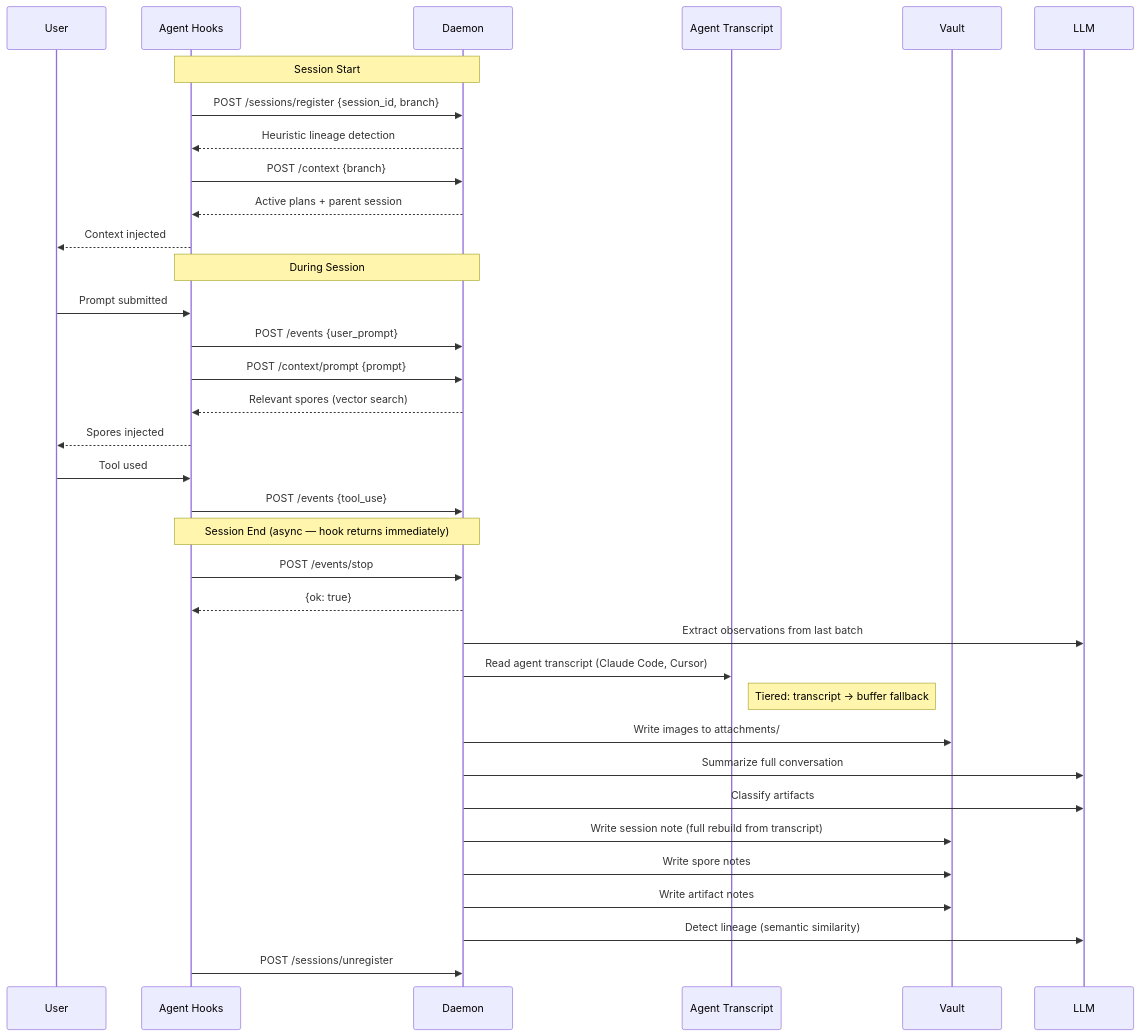
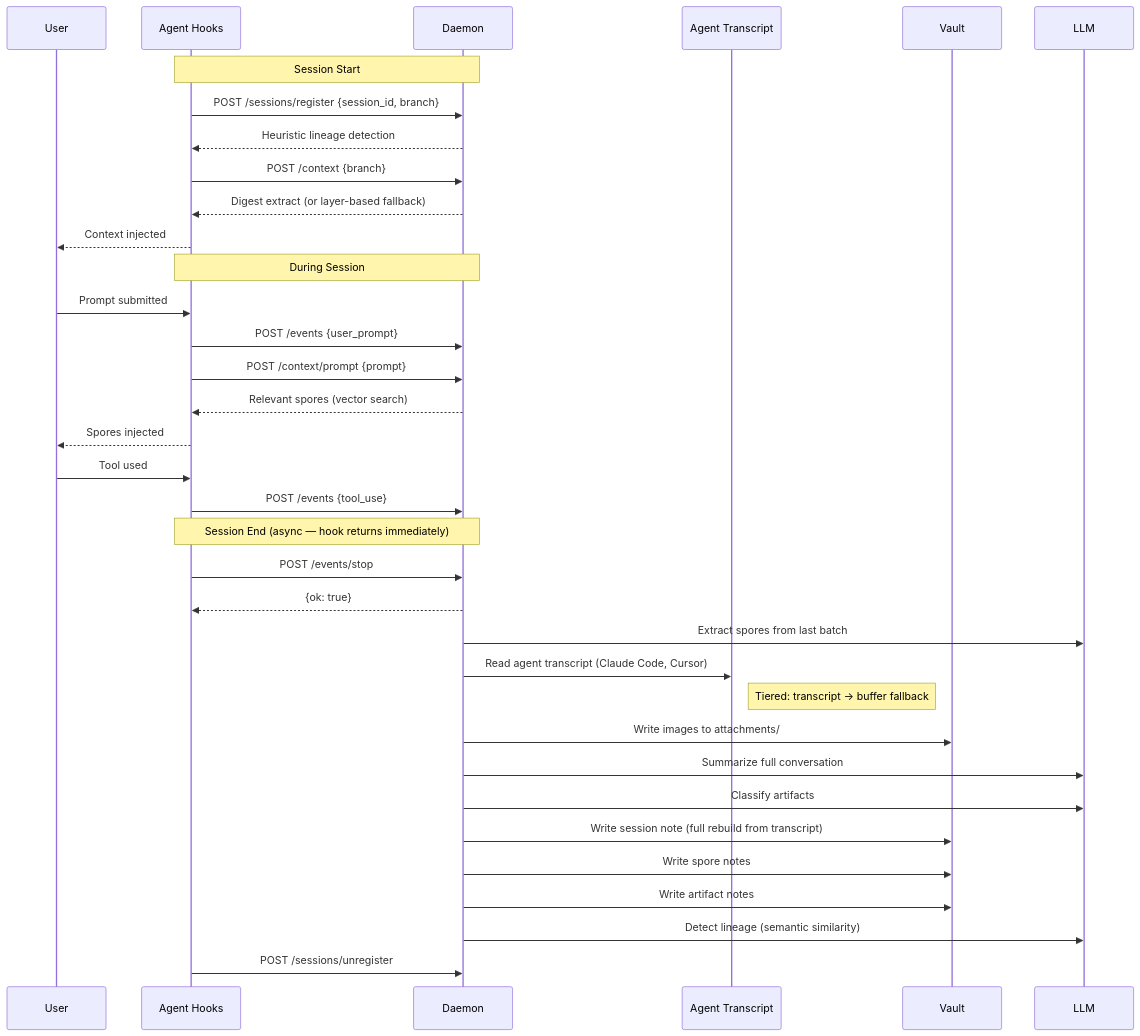
One commit to goondocks-co/myco changed the first of 8 diagrams in docs/lifecycle.md. Above: the diagram before and after it, drawn with Mermaid. The commit also changed other lines of this file and 1 other file, not shown here.

First line of the commit message:
docs: update README and lifecycle for digest system and spore terminology

````diff
--- a/docs/lifecycle.md
+++ b/docs/lifecycle.md
@@ -7,41 +7,41 @@
 ```mermaid
 sequenceDiagram
     participant User
     participant Hook as Agent Hooks
     participant Daemon
     participant Transcript as Agent Transcript
     participant Vault
     participant LLM
 
     Note over Hook,Daemon: Session Start
     Hook->>Daemon: POST /sessions/register {session_id, branch}
     Daemon-->>Hook: Heuristic lineage detection
     Hook->>Daemon: POST /context {branch}
-    Daemon-->>Hook: Active plans + parent session
+    Daemon-->>Hook: Digest extract (or layer-based fallback)
     Hook-->>User: Context injected
 
     Note over Hook,Daemon: During Session
     User->>Hook: Prompt submitted
     Hook->>Daemon: POST /events {user_prompt}
     Hook->>Daemon: POST /context/prompt {prompt}
     Daemon-->>Hook: Relevant spores (vector search)
     Hook-->>User: Spores injected
 
     User->>Hook: Tool used
     Hook->>Daemon: POST /events {tool_use}
 
     Note over Hook,Daemon: Session End (async — hook returns immediately)
     Hook->>Daemon: POST /events/stop
     Daemon-->>Hook: {ok: true}
-    Daemon->>LLM: Extract observations from last batch
+    Daemon->>LLM: Extract spores from last batch
     Daemon->>Transcript: Read agent transcript (Claude Code, Cursor)
     Note right of Transcript: Tiered: transcript → buffer fallback
     Daemon->>Vault: Write images to attachments/
     Daemon->>LLM: Summarize full conversation
     Daemon->>LLM: Classify artifacts
     Daemon->>Vault: Write session note (full rebuild from transcript)
     Daemon->>Vault: Write spore notes
     Daemon->>Vault: Write artifact notes
     Daemon->>LLM: Detect lineage (semantic similarity)
     Hook->>Daemon: POST /sessions/unregister
 ```
````
